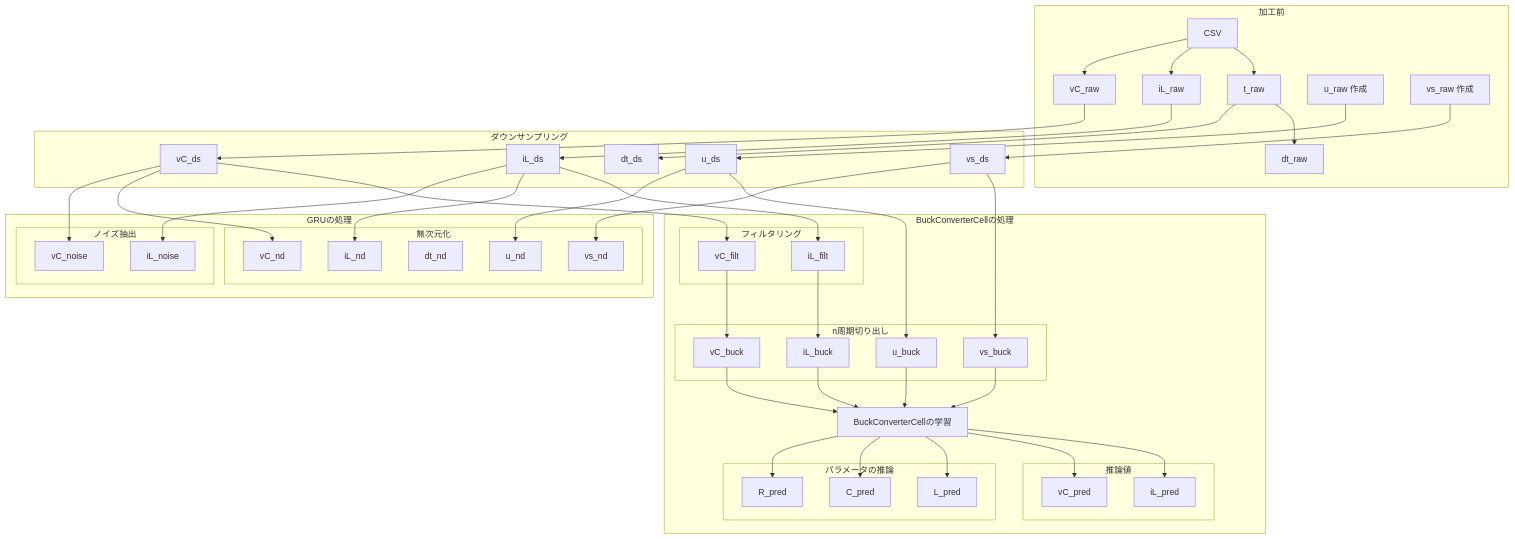
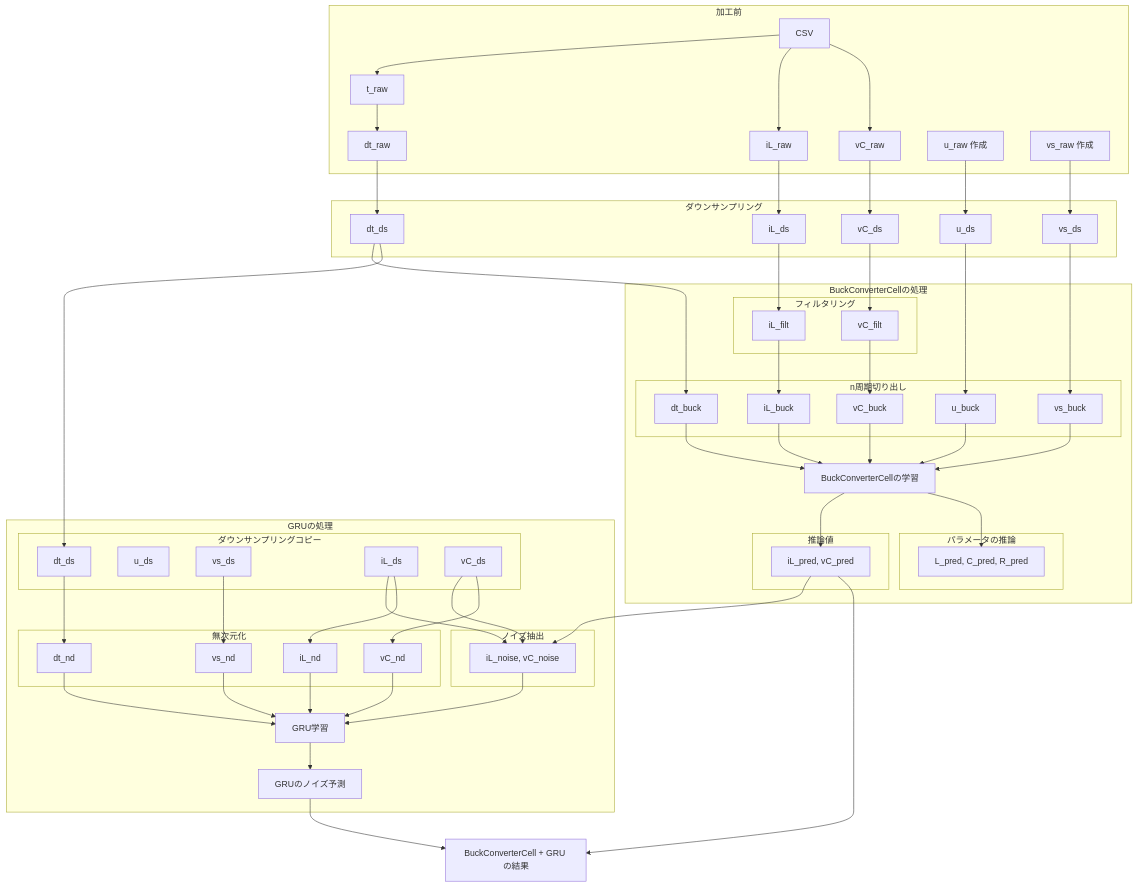
Before and after one commit to University-Laboratory/rnn-pann: the diagram in 進捗報告資料/01_15/slide.md, drawn with Mermaid.

Commit message:
refactor: Update flowchart in slide.md to enhance clarity of data processing steps; rename variables and add new subgraphs for downsampling and noise extraction

````diff
--- a/進捗報告資料/01_15/slide.md
+++ b/進捗報告資料/01_15/slide.md
@@ -39,7 +39,7 @@
         vs_downsampled[vs_ds]
     end
 
-    t_raw --> dt_downsampled
+    dt_raw --> dt_downsampled
     iL_raw --> iL_downsampled
     vC_raw --> vC_downsampled
     u_raw --> u_downsampled
@@ -56,11 +56,13 @@
         vC_downsampled --> vC_filt
 
         subgraph n周期切り出し
+            dt_buck[dt_buck]
             iL_buck[iL_buck]
             vC_buck[vC_buck]
             u_buck[u_buck]
             vs_buck[vs_buck]
         end
+        dt_downsampled --> dt_buck
         iL_filt --> iL_buck
         vC_filt --> vC_buck
         u_downsampled --> u_buck
@@ -71,50 +73,62 @@
         vC_buck --> BuckConverterCell
         u_buck --> BuckConverterCell
         vs_buck --> BuckConverterCell
+        dt_buck --> BuckConverterCell
 
         subgraph 推論値
-            iL_pred[iL_pred]
-            vC_pred[vC_pred]
+            BuckConverterCell_out[iL_pred, vC_pred]
         end
 
-        BuckConverterCell --> iL_pred
-        BuckConverterCell --> vC_pred
+        BuckConverterCell --> BuckConverterCell_out
 
         subgraph パラメータの推論
-            L_pred[L_pred]
-            C_pred[C_pred]
-            R_pred[R_pred]
+            BuckConverterCell_params[L_pred, C_pred, R_pred]
         end
-        BuckConverterCell --> L_pred
-        BuckConverterCell --> C_pred
-        BuckConverterCell --> R_pred
+        BuckConverterCell --> BuckConverterCell_params
     end
 
     subgraph GRUの処理
+        subgraph ダウンサンプリングコピー
+            dt_downsampled_copy[dt_ds]
+            u_downsampled_copy[u_ds]
+            vs_downsampled_copy[vs_ds]
+            iL_downsampled_copy[iL_ds]
+            vC_downsampled_copy[vC_ds]
+        end
+        dt_downsampled --> dt_downsampled_copy
+
+        subgraph ノイズ抽出
+            noise_data[iL_noise, vC_noise]
+        end
+        BuckConverterCell_out --> noise_data
+        iL_downsampled_copy --> noise_data
+        vC_downsampled_copy --> noise_data
+
         subgraph 無次元化
             iL_nd[iL_nd]
             vC_nd[vC_nd]
+            vs_nd[vs_nd]
             dt_nd[dt_nd]
-            u_nd[u_nd]
-            vs_nd[vs_nd]
         end
-        iL_downsampled --> iL_nd
-        vC_downsampled --> vC_nd
-        u_downsampled --> u_nd
-        vs_downsampled --> vs_nd
+        iL_downsampled_copy --> iL_nd
+        vC_downsampled_copy --> vC_nd
+        vs_downsampled_copy --> vs_nd
+        dt_downsampled_copy --> dt_nd
 
-        subgraph ノイズ抽出
-            iL_noise[iL_noise]
-            vC_noise[vC_noise]
-        end
-        iL_downsampled --> iL_noise
-        vC_downsampled --> vC_noise
+        GRU[GRU学習]
+        iL_nd --> GRU
+        vC_nd --> GRU
+        vs_nd --> GRU
+        dt_nd --> GRU
+        noise_data --> GRU
+
+        GRU_out[GRUのノイズ予測]
+        GRU --> GRU_out
     end
 
 
-
-
-
-
+    FinalOutPut[BuckConverterCell + GRU の結果]
+    GRU_out --> FinalOutPut
+    BuckConverterCell_out --> FinalOutPut
 
 ```
````
